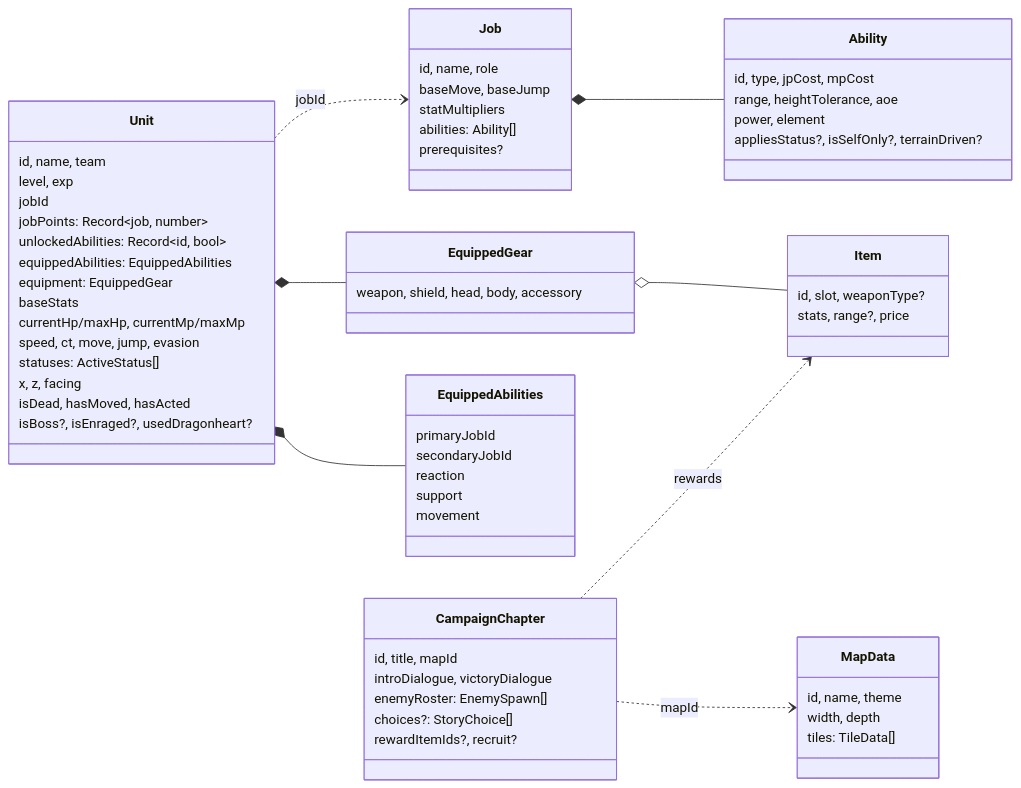
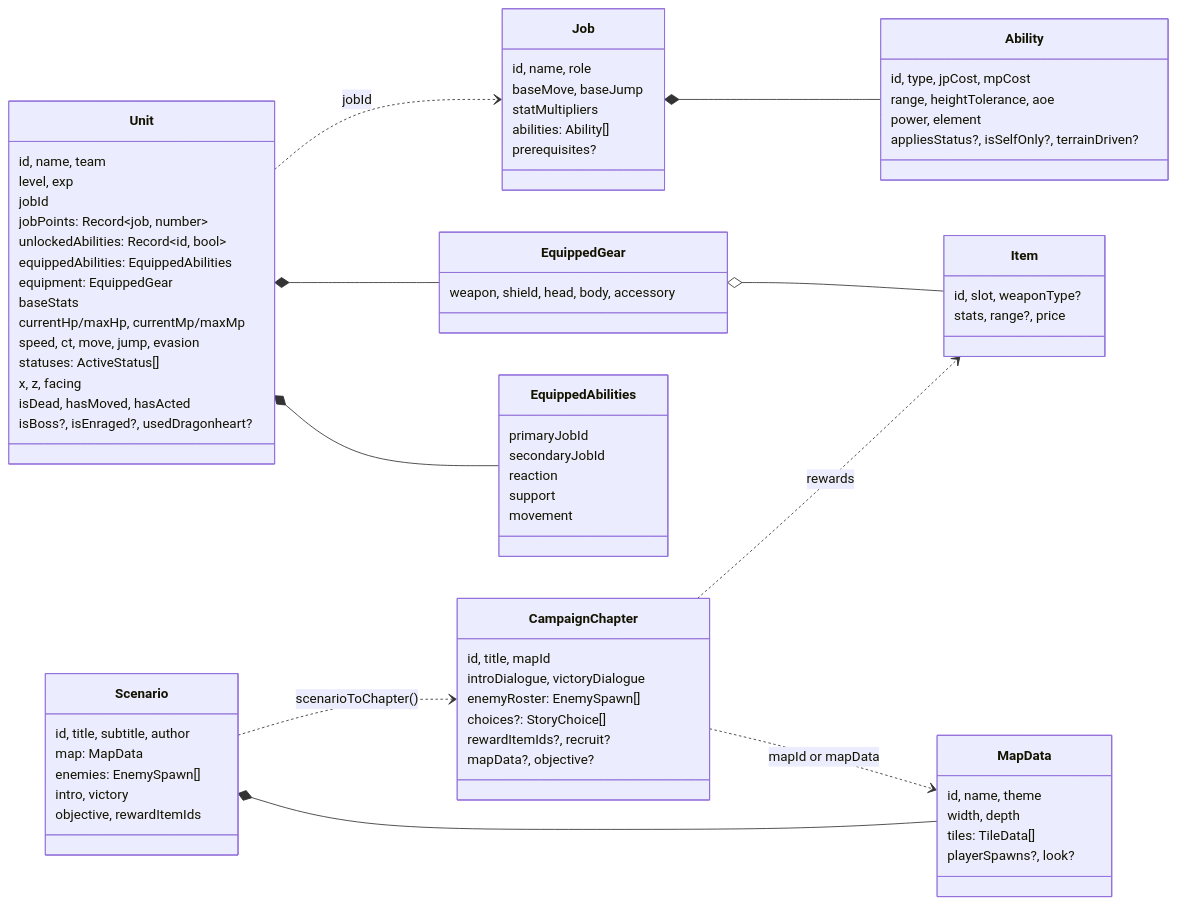
The sixth of 9 diagrams in docs/ARCHITECTURE.md (CptNope/Chess-RPG-Tactics), drawn with Mermaid before and after one commit. The commit also changed other lines of this file and 28 other files, not shown here.

````diff
--- a/docs/ARCHITECTURE.md
+++ b/docs/ARCHITECTURE.md
@@ -207,66 +213,77 @@
 ```mermaid
 classDiagram
     direction LR
     class Unit {
         id, name, team
         level, exp
         jobId
         jobPoints: Record~job, number~
         unlockedAbilities: Record~id, bool~
         equippedAbilities: EquippedAbilities
         equipment: EquippedGear
         baseStats
         currentHp/maxHp, currentMp/maxMp
         speed, ct, move, jump, evasion
         statuses: ActiveStatus[]
         x, z, facing
         isDead, hasMoved, hasActed
         isBoss?, isEnraged?, usedDragonheart?
     }
     class EquippedAbilities {
         primaryJobId
         secondaryJobId
         reaction
         support
         movement
     }
     class EquippedGear {
         weapon, shield, head, body, accessory
     }
     class Job {
         id, name, role
         baseMove, baseJump
         statMultipliers
         abilities: Ability[]
         prerequisites?
     }
     class Ability {
         id, type, jpCost, mpCost
         range, heightTolerance, aoe
         power, element
         appliesStatus?, isSelfOnly?, terrainDriven?
     }
     class Item {
         id, slot, weaponType?
         stats, range?, price
     }
     class CampaignChapter {
         id, title, mapId
         introDialogue, victoryDialogue
         enemyRoster: EnemySpawn[]
         choices?: StoryChoice[]
         rewardItemIds?, recruit?
+        mapData?, objective?
+    }
+    class Scenario {
+        id, title, subtitle, author
+        map: MapData
+        enemies: EnemySpawn[]
+        intro, victory
+        objective, rewardItemIds
     }
     class MapData {
         id, name, theme
         width, depth
         tiles: TileData[]
+        playerSpawns?, look?
     }
     Unit *-- EquippedAbilities
     Unit *-- EquippedGear
     EquippedGear o-- Item
     Unit ..> Job : jobId
     Job *-- Ability
-    CampaignChapter ..> MapData : mapId
+    CampaignChapter ..> MapData : mapId or mapData
+    Scenario *-- MapData
+    Scenario ..> CampaignChapter : scenarioToChapter()
     CampaignChapter ..> Item : rewards
 ```
````
